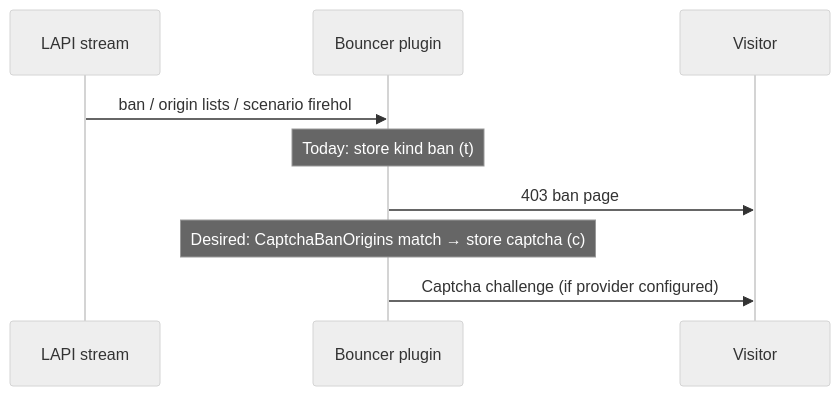
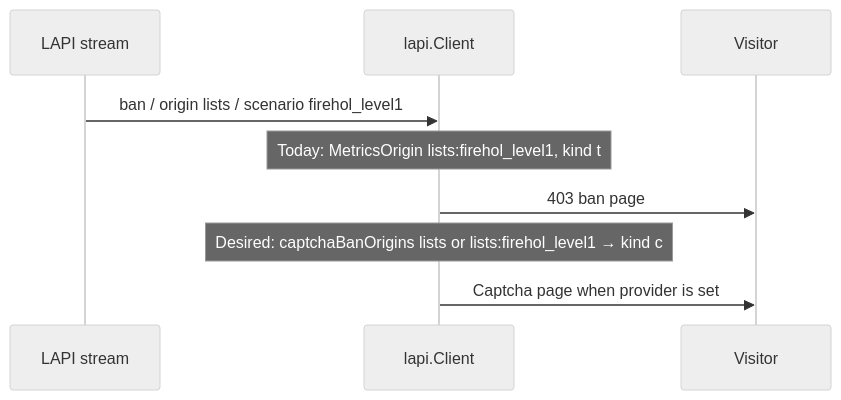
The diagram in devstate/2026/09/2026-09-20-captcha-ban-origins/card.md (david-garcia-garcia/crowdsec-bouncer-traefik-plugin), drawn with Mermaid (neutral theme) before and after one commit. The commit also changed other lines of this file and 2 other files, not shown here.

First line of the commit message:
Record explore delivery card for captchaBanOrigins.

````diff
--- a/devstate/2026/09/2026-09-20-captcha-ban-origins/card.md
+++ b/devstate/2026/09/2026-09-20-captcha-ban-origins/card.md
@@ -24,11 +24,11 @@
 ```mermaid
 sequenceDiagram
   participant LAPI as LAPI stream
-  participant Plugin as Bouncer plugin
+  participant Plugin as lapi.Client
   participant Client as Visitor
-  LAPI->>Plugin: ban / origin lists / scenario firehol
-  Note over Plugin: Today: store kind ban (t)
+  LAPI->>Plugin: ban / origin lists / scenario firehol_level1
+  Note over Plugin: Today: MetricsOrigin lists:firehol_level1, kind t
   Plugin->>Client: 403 ban page
-  Note over Plugin: Desired: CaptchaBanOrigins match → store captcha (c)
-  Plugin->>Client: Captcha challenge (if provider configured)
+  Note over Plugin: Desired: captchaBanOrigins lists or lists:firehol_level1 → kind c
+  Plugin->>Client: Captcha page when provider is set
 ```
````
